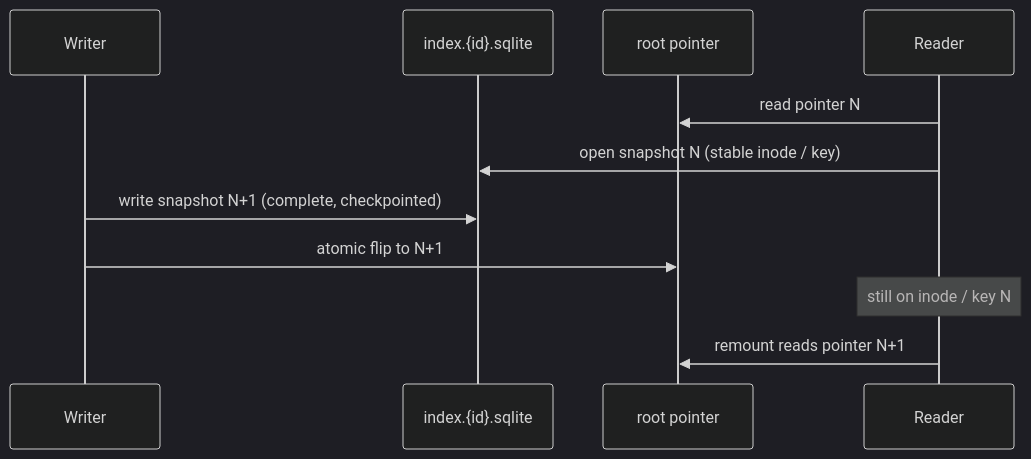
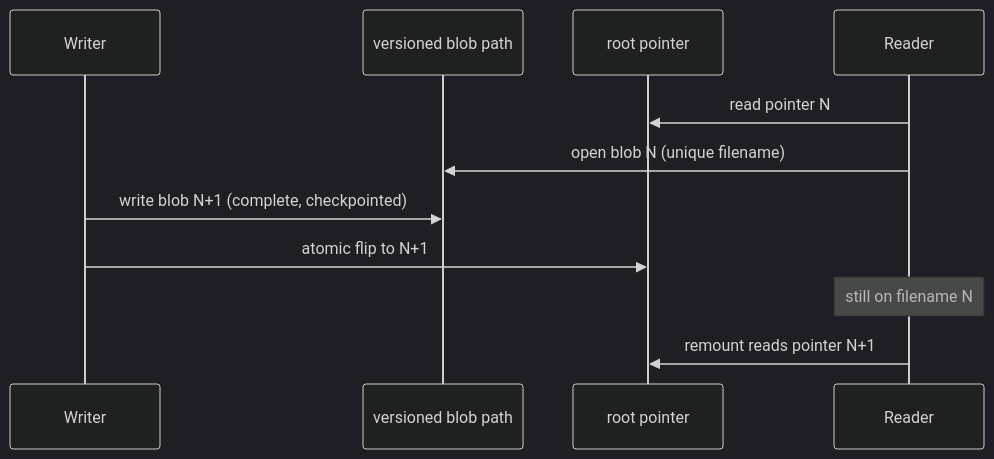
Before and after one commit to hilather/ratarmount-rs: the diagram in docs/tasks/plans/v2-immutable-index-pointer.md, drawn with Mermaid (dark theme). The commit also changed other lines of this file, not shown here.

````diff
--- a/docs/tasks/plans/v2-immutable-index-pointer.md
+++ b/docs/tasks/plans/v2-immutable-index-pointer.md
@@ -20,13 +22,13 @@
 ```mermaid
 sequenceDiagram
   participant Writer
-  participant Blob as index.{id}.sqlite
+  participant Blob as versioned blob path
   participant Ptr as root pointer
   participant Reader
   Reader->>Ptr: read pointer N
-  Reader->>Blob: open snapshot N (stable inode / key)
-  Writer->>Blob: write snapshot N+1 (complete, checkpointed)
+  Reader->>Blob: open blob N (unique filename)
+  Writer->>Blob: write blob N+1 (complete, checkpointed)
   Writer->>Ptr: atomic flip to N+1
-  Note over Reader: still on inode / key N
+  Note over Reader: still on filename N
   Reader->>Ptr: remount reads pointer N+1
 ```
````
